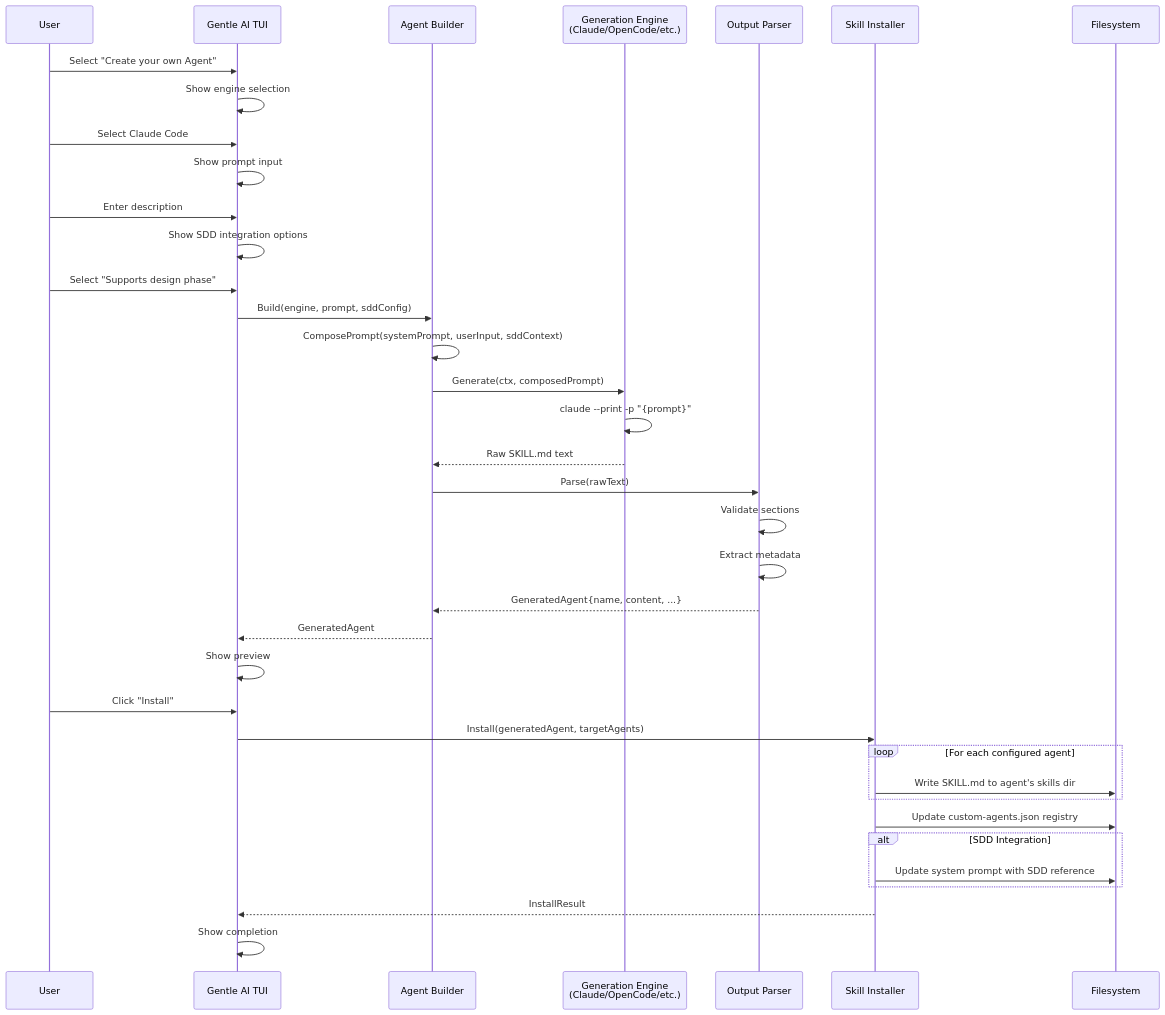
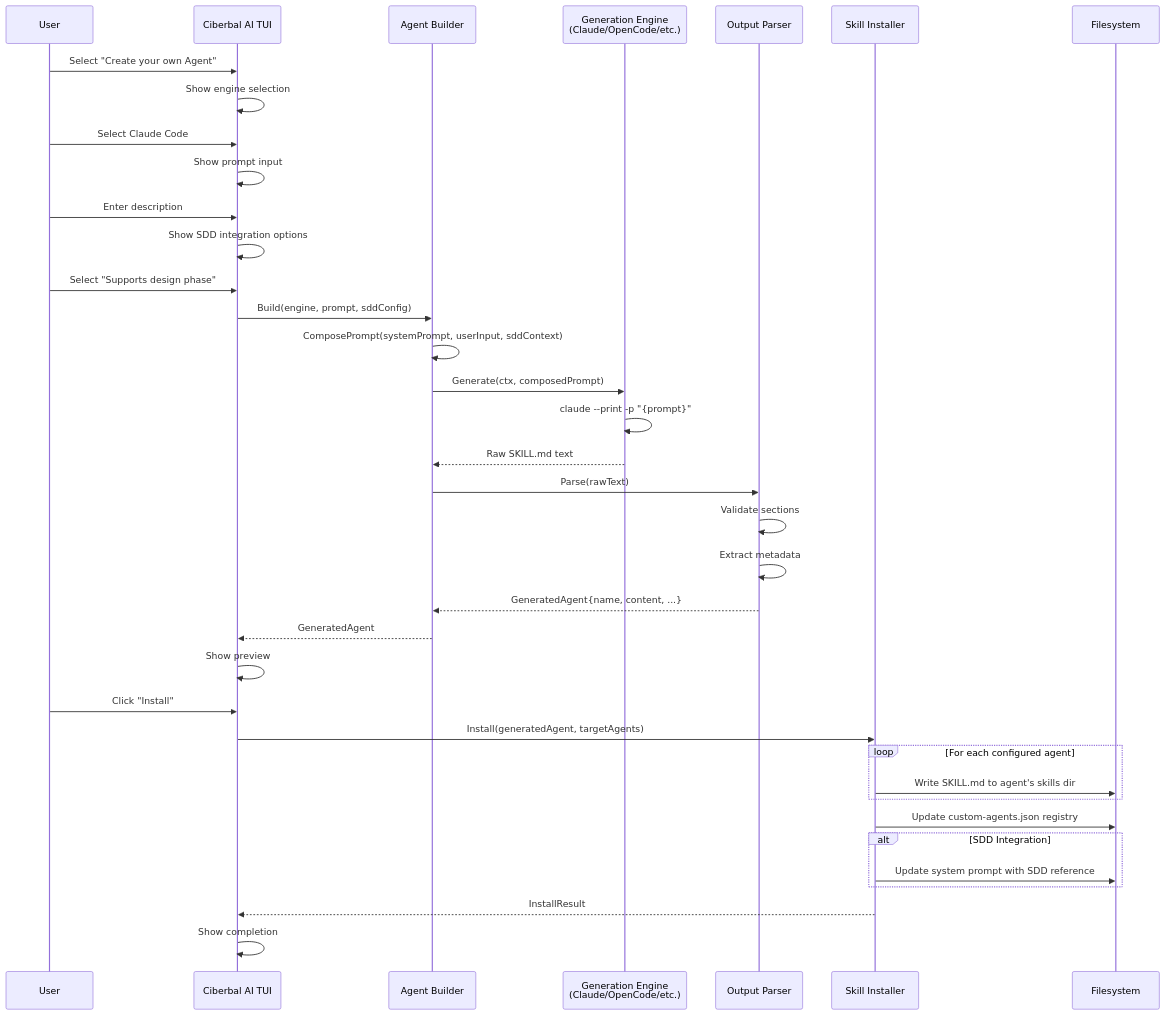
Before and after one commit to Balthael/ciberbal-ai: the first of 2 diagrams in PRD-AGENT-BUILDER.md, drawn with Mermaid. The commit also changed other lines of this file and 257 other files, not shown here.

Commit message:
refactor: rename gentle-ai to ciberbal-ai

````diff
--- a/PRD-AGENT-BUILDER.md
+++ b/PRD-AGENT-BUILDER.md
@@ -610,48 +610,48 @@
 ```mermaid
 sequenceDiagram
     participant User
-    participant TUI as Gentle AI TUI
+    participant TUI as Ciberbal AI TUI
     participant Builder as Agent Builder
     participant Engine as Generation Engine<br/>(Claude/OpenCode/etc.)
     participant Parser as Output Parser
     participant Installer as Skill Installer
     participant FS as Filesystem
 
     User->>TUI: Select "Create your own Agent"
     TUI->>TUI: Show engine selection
     User->>TUI: Select Claude Code
     TUI->>TUI: Show prompt input
     User->>TUI: Enter description
     TUI->>TUI: Show SDD integration options
     User->>TUI: Select "Supports design phase"
 
     TUI->>Builder: Build(engine, prompt, sddConfig)
     Builder->>Builder: ComposePrompt(systemPrompt, userInput, sddContext)
     Builder->>Engine: Generate(ctx, composedPrompt)
     Engine->>Engine: claude --print -p "{prompt}"
     Engine-->>Builder: Raw SKILL.md text
 
     Builder->>Parser: Parse(rawText)
     Parser->>Parser: Validate sections
     Parser->>Parser: Extract metadata
     Parser-->>Builder: GeneratedAgent{name, content, ...}
 
     Builder-->>TUI: GeneratedAgent
     TUI->>TUI: Show preview
 
     User->>TUI: Click "Install"
     TUI->>Installer: Install(generatedAgent, targetAgents)
     
     loop For each configured agent
         Installer->>FS: Write SKILL.md to agent's skills dir
     end
     
     Installer->>FS: Update custom-agents.json registry
     
     alt SDD Integration
         Installer->>FS: Update system prompt with SDD reference
     end
 
     Installer-->>TUI: InstallResult
     TUI->>TUI: Show completion
 ```
````
